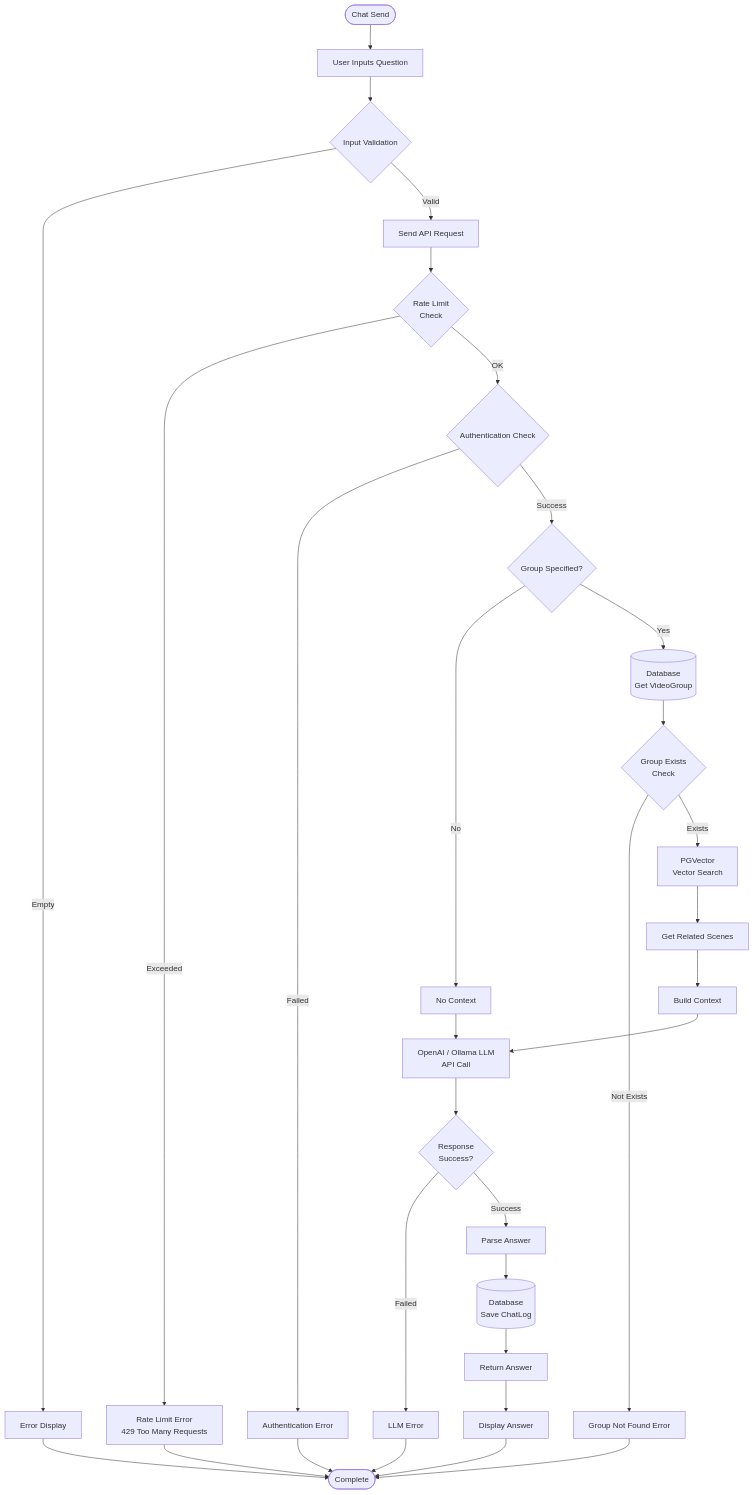
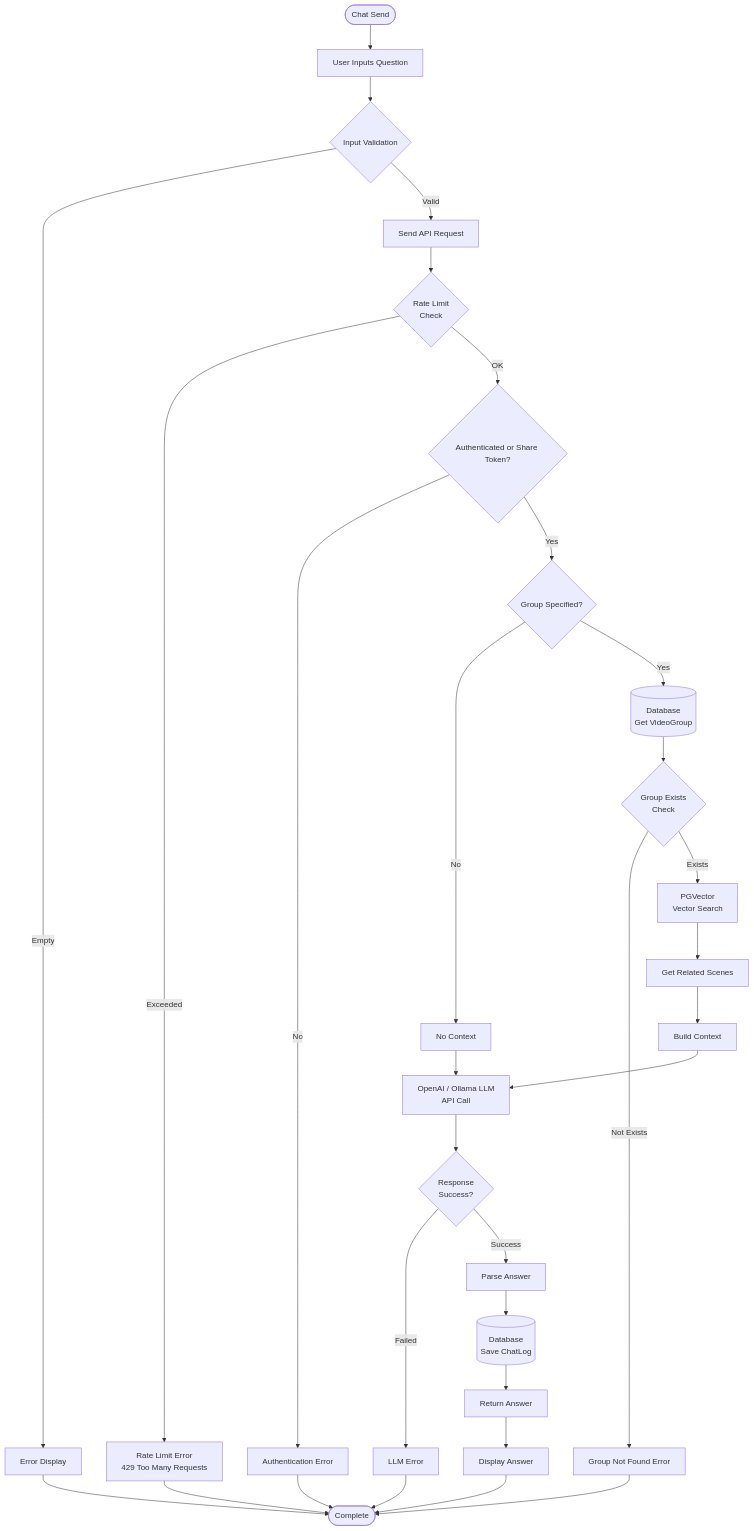
The second of 11 diagrams in docs/architecture/flowchart.md (yukiharada1228/videoq), drawn with Mermaid before and after one commit. The commit also changed other lines of this file and 9 other files, not shown here.

Commit message:
docs: sync diagrams with current implementation

````diff
--- a/docs/architecture/flowchart.md
+++ b/docs/architecture/flowchart.md
@@ -62,34 +62,34 @@
 ```mermaid
 flowchart TD
     Start([Chat Send]) --> Input[User Inputs Question]
     Input --> Validate1{Input Validation}
     Validate1 -->|Empty| Error1[Error Display]
     Validate1 -->|Valid| Send[Send API Request]
     Send --> RateLimit{"Rate Limit<br>Check"}
     RateLimit -->|Exceeded| Error6[Rate Limit Error<br/>429 Too Many Requests]
-    RateLimit -->|OK| Auth{Authentication Check}
-    Auth -->|Failed| Error2[Authentication Error]
-    Auth -->|Success| CheckGroup{Group Specified?}
+    RateLimit -->|OK| Auth{Authenticated or Share Token?}
+    Auth -->|No| Error2[Authentication Error]
+    Auth -->|Yes| CheckGroup{Group Specified?}
     CheckGroup -->|No| NoContext[No Context]
     CheckGroup -->|Yes| GetGroup[(Database<br/>Get VideoGroup)]
     GetGroup --> ValidateGroup{"Group Exists<br>Check"}
     ValidateGroup -->|Not Exists| Error4[Group Not Found Error]
     ValidateGroup -->|Exists| VectorSearch[PGVector<br/>Vector Search]
     VectorSearch --> GetScenes[Get Related Scenes]
     GetScenes --> BuildContext[Build Context]
     BuildContext --> CallLLM[OpenAI / Ollama LLM<br/>API Call]
     NoContext --> CallLLM
     CallLLM --> CheckResponse{"Response<br>Success?"}
     CheckResponse -->|Failed| Error5[LLM Error]
     CheckResponse -->|Success| ParseAnswer[Parse Answer]
     ParseAnswer --> SaveLog[(Database<br/>Save ChatLog)]
     SaveLog --> ReturnAnswer[Return Answer]
     ReturnAnswer --> Display[Display Answer]
     Display --> End([Complete])
     
     Error1 --> End
     Error2 --> End
     Error4 --> End
     Error5 --> End
     Error6 --> End
 ```
````
